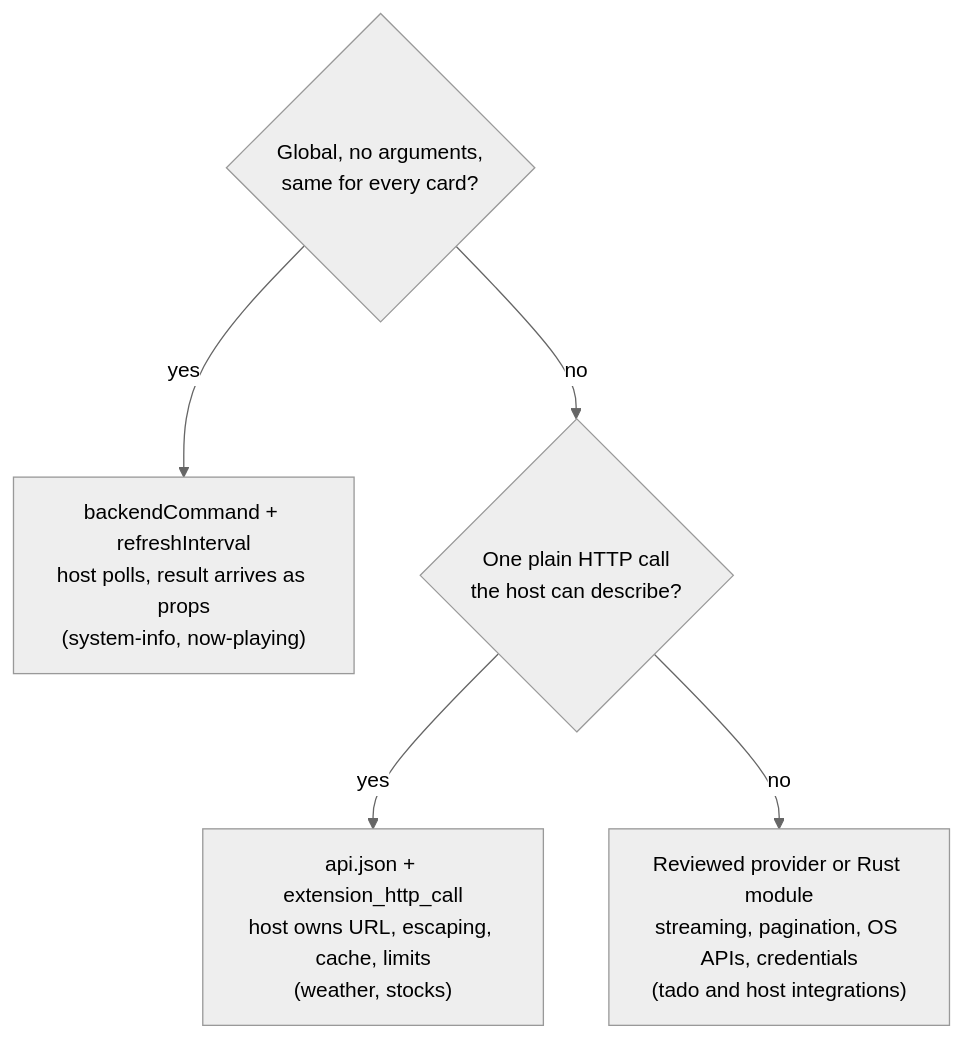
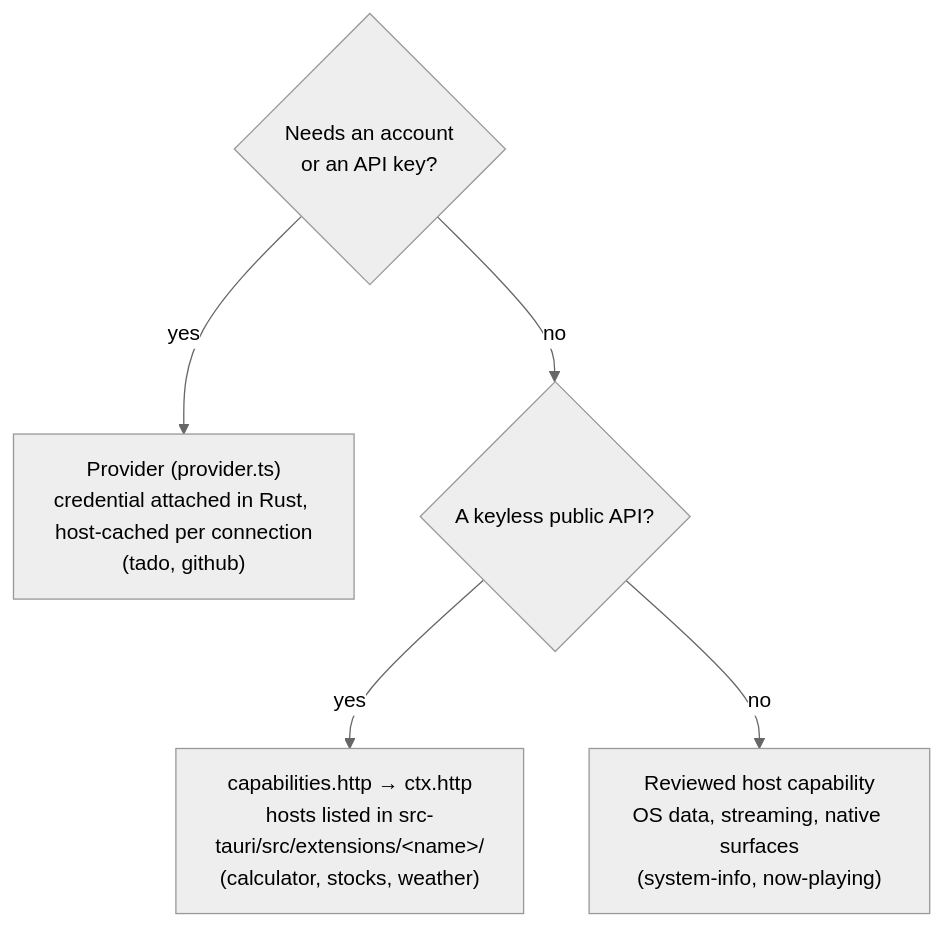
The fifth of 6 diagrams in docs/architecture.md (kavibay/kavibay), drawn with Mermaid (neutral theme) before and after one commit. The commit also changed other lines of this file and 8 other files, not shown here.

````diff
--- a/docs/architecture.md
+++ b/docs/architecture.md
@@ -387,8 +392,8 @@
 ```mermaid
 flowchart TB
-    q1{"Global, no arguments,<br/>same for every card?"}
-    q1 -- yes --> a1["backendCommand + refreshInterval<br/>host polls, result arrives as props<br/>(system-info, now-playing)"]
-    q1 -- no --> q2{"One plain HTTP call<br/>the host can describe?"}
-    q2 -- yes --> a2["api.json + extension_http_call<br/>host owns URL, escaping, cache, limits<br/>(weather, stocks)"]
-    q2 -- no --> a3["Reviewed provider or Rust module<br/>streaming, pagination, OS APIs, credentials<br/>(tado and host integrations)"]
+    q1{"Needs an account<br/>or an API key?"}
+    q1 -- yes --> a3["Provider (provider.ts)<br/>credential attached in Rust, host-cached per connection<br/>(tado, github)"]
+    q1 -- no --> q2{"A keyless public API?"}
+    q2 -- yes --> a2["capabilities.http → ctx.http<br/>hosts listed in src-tauri/src/extensions/&lt;name&gt;/<br/>(calculator, stocks, weather)"]
+    q2 -- no --> a1["Reviewed host capability<br/>OS data, streaming, native surfaces<br/>(system-info, now-playing)"]
 ```
````
